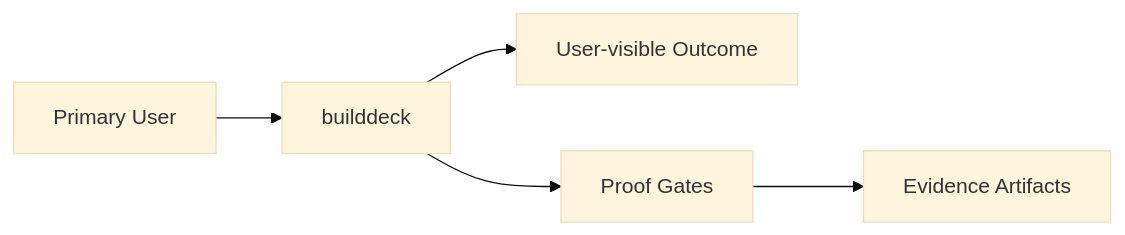
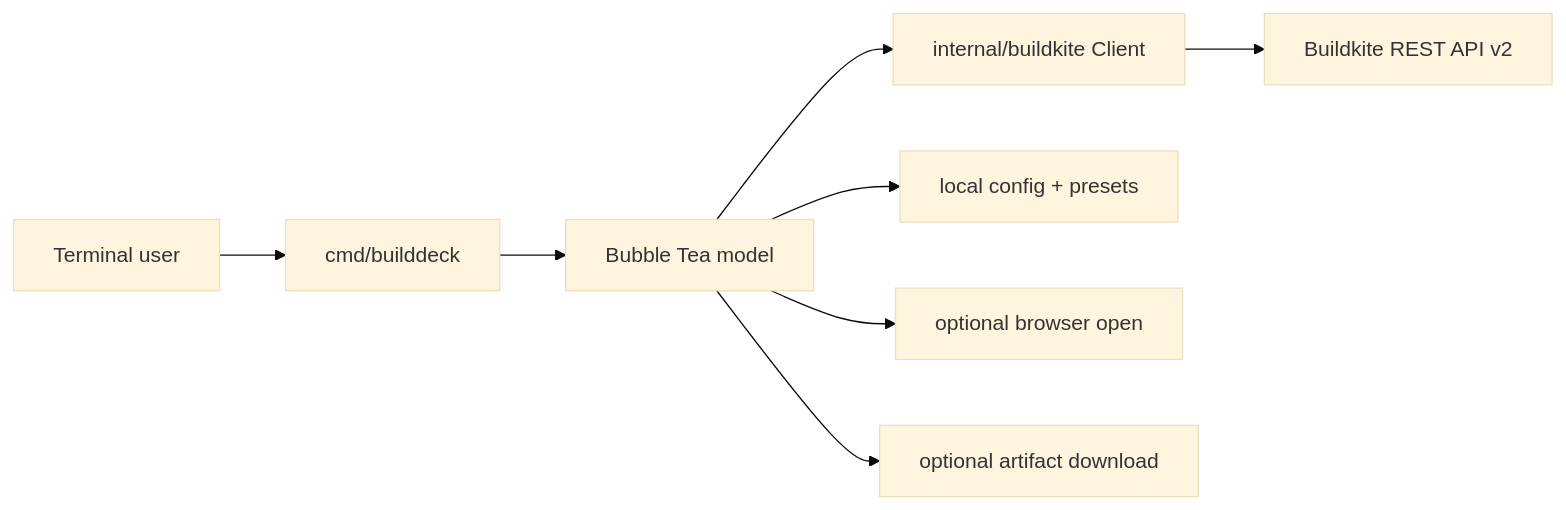
The diagram in .decapod/generated/specs/INTENT.md (alexhraber/builddeck), drawn with Mermaid (base theme) before and after one commit. The commit also changed other lines of this file and 9 other files, not shown here.

````diff
--- a/.decapod/generated/specs/INTENT.md
+++ b/.decapod/generated/specs/INTENT.md
@@ -15,7 +30,10 @@
 ```mermaid
 flowchart LR
-  U[Primary User] --> P[builddeck]
-  P --> O[User-visible Outcome]
-  P --> G[Proof Gates]
-  G --> E[Evidence Artifacts]
+  User[Terminal user] --> CLI[cmd/builddeck]
+  CLI --> TUI[Bubble Tea model]
+  TUI --> Client[internal/buildkite Client]
+  Client --> BK[Buildkite REST API v2]
+  TUI --> Config[local config + presets]
+  TUI --> Browser[optional browser open]
+  TUI --> Files[optional artifact download]
 ```
````
